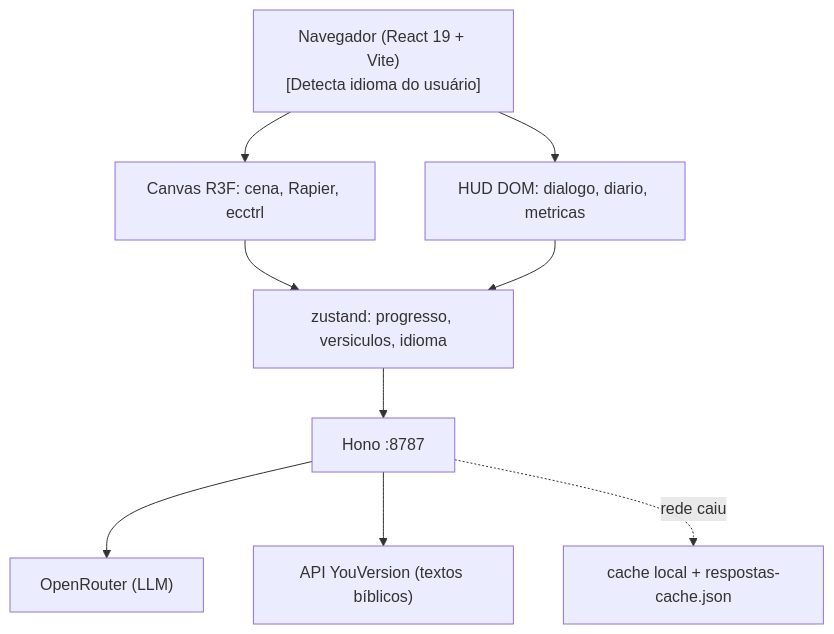
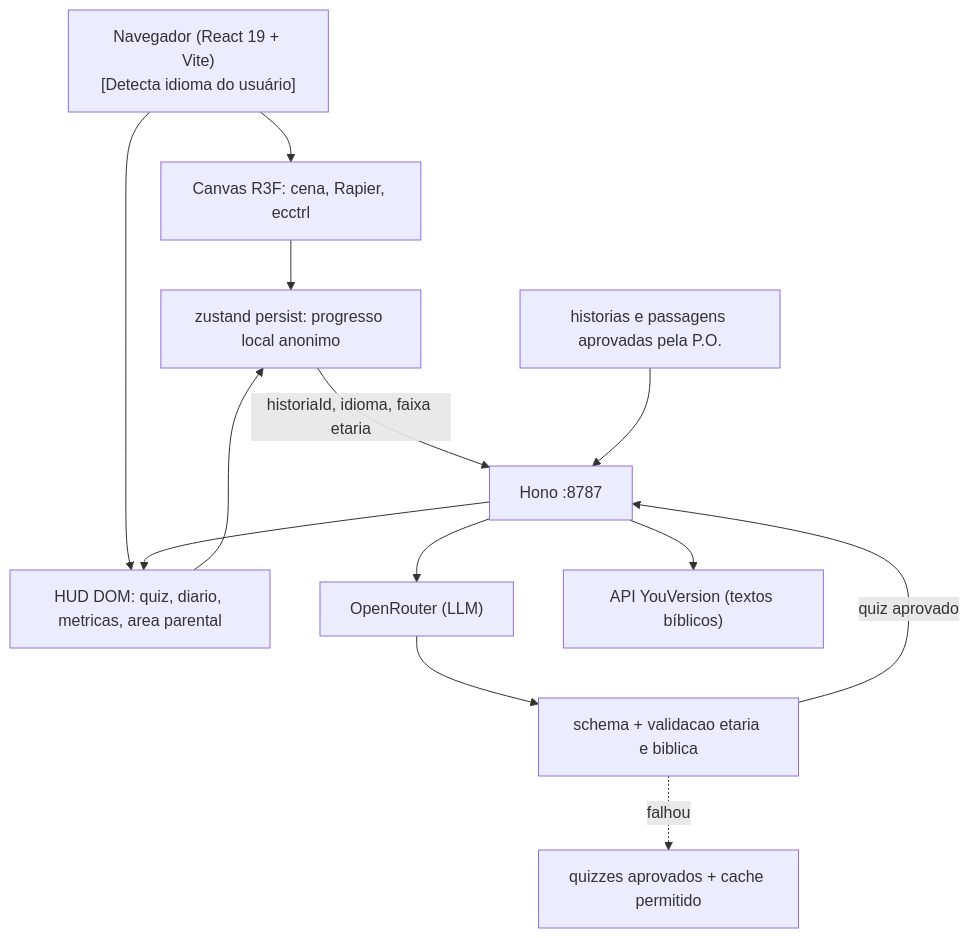
The second of 2 diagrams in plans/selah.plan.md (amen-js/Selah), drawn with Mermaid before and after one commit. The commit also changed other lines of this file, not shown here.

Commit message:
docs(plan): add child-safe AI quiz flow

````diff
--- a/plans/selah.plan.md
+++ b/plans/selah.plan.md
@@ -203,20 +212,26 @@
 ```mermaid
 flowchart TD
     Browser["Navegador (React 19 + Vite)\n[Detecta idioma do usuário]"]
     R3F["Canvas R3F: cena, Rapier, ecctrl"]
-    HUD["HUD DOM: dialogo, diario, metricas"]
-    Store["zustand: progresso, versiculos, idioma"]
+    HUD["HUD DOM: quiz, diario, metricas, area parental"]
+    Store["zustand persist: progresso local anonimo"]
     Proxy["Hono :8787"]
     OR["OpenRouter (LLM)"]
     YV["API YouVersion (textos bíblicos)"]
-    Cache["cache local + respostas-cache.json"]
+    Approved["historias e passagens aprovadas pela P.O."]
+    Validator["schema + validacao etaria e biblica"]
+    Cache["quizzes aprovados + cache permitido"]
 
     Browser --> R3F
     Browser --> HUD
     R3F --> Store
     HUD --> Store
-    Store --> Proxy
+    Store -->|"historiaId, idioma, faixa etaria"| Proxy
+    Approved --> Proxy
+    Proxy --> YV
     Proxy --> OR
-    Proxy --> YV
-    Proxy -.->|"rede caiu"| Cache
+    OR --> Validator
+    Validator -->|"quiz aprovado"| Proxy
+    Validator -.->|"falhou"| Cache
+    Proxy --> HUD
 ```
````
